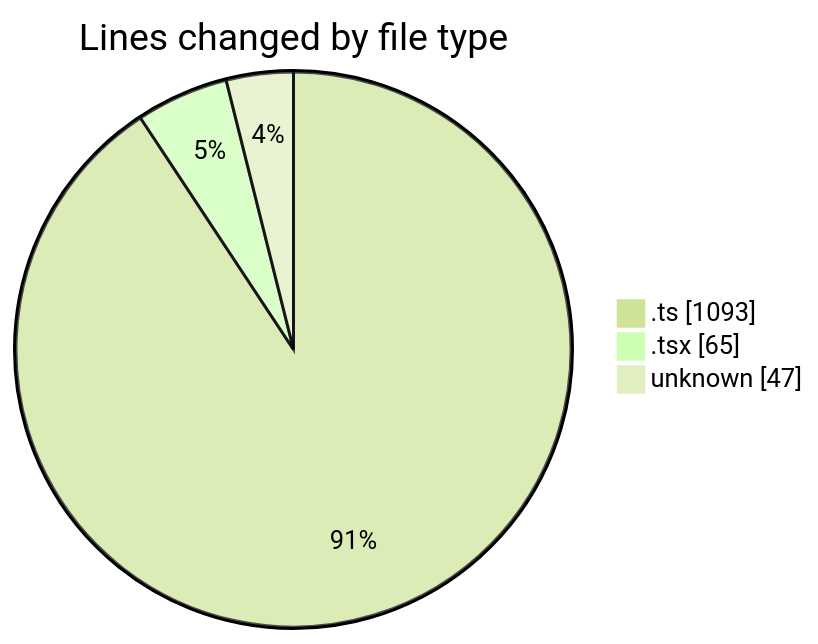
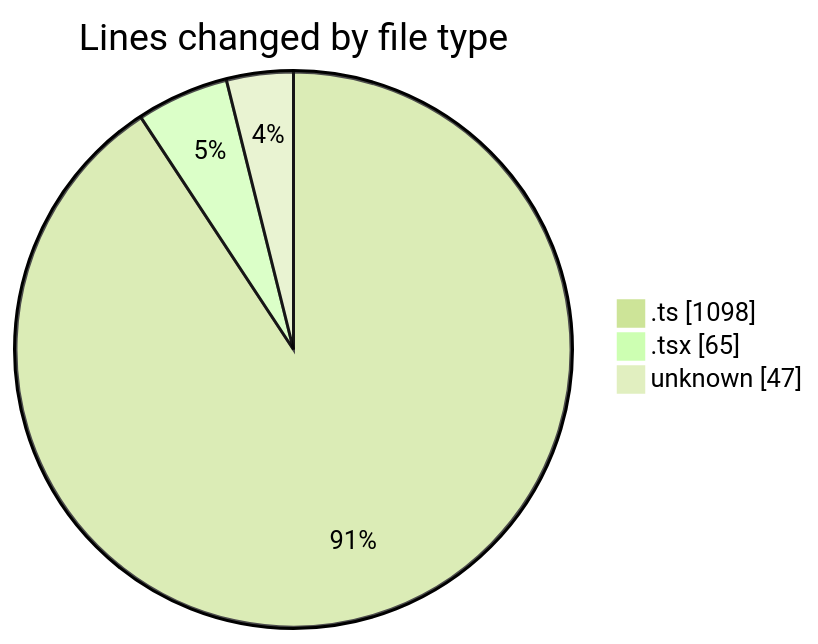
The first of 2 diagrams in 2025-09-11/cda/README.md (momahboobian/code-tracking), drawn with Mermaid (forest theme) before and after one commit. The commit also changed other lines of this file and 1 other file, not shown here.

````diff
--- a/2025-09-11/cda/README.md
+++ b/2025-09-11/cda/README.md
@@ -26,7 +26,7 @@
 ```mermaid
 pie showData
 title Lines changed by file type
-".ts" : 1093
+".ts" : 1098
 ".tsx" : 65
 "unknown" : 47
 ```
````
